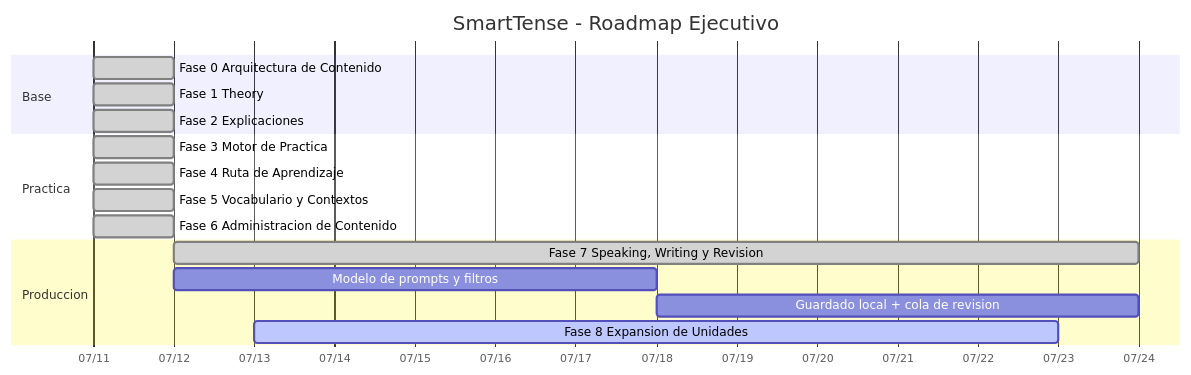
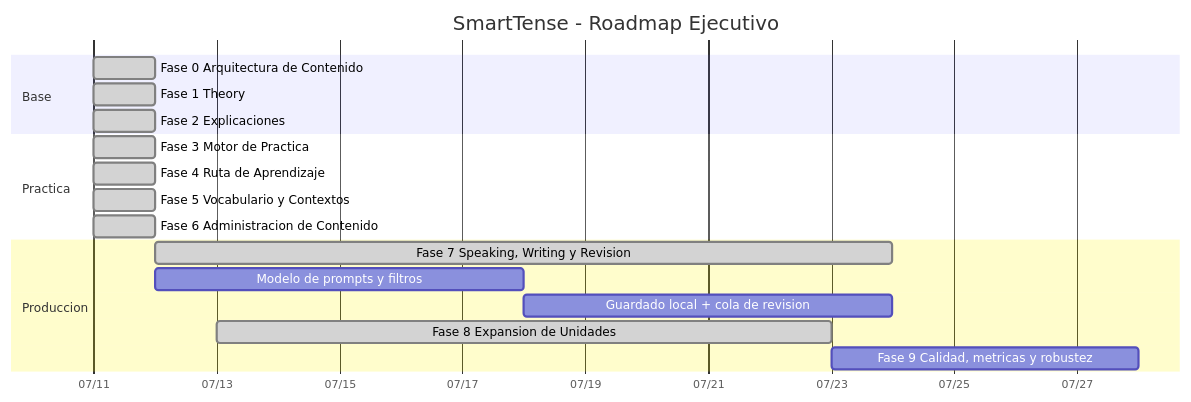
The diagram in docs/DEVELOPMENT_PHASE_EXECUTION_PLAN.md (dafermen/SmartTense), drawn with Mermaid before and after one commit. The commit also changed other lines of this file and 3 other files, not shown here.

````diff
--- a/docs/DEVELOPMENT_PHASE_EXECUTION_PLAN.md
+++ b/docs/DEVELOPMENT_PHASE_EXECUTION_PLAN.md
@@ -160,23 +160,24 @@
 ```mermaid
 gantt
     title SmartTense - Roadmap Ejecutivo
     dateFormat  YYYY-MM-DD
     axisFormat  %m/%d
 
     section Base
     Fase 0 Arquitectura de Contenido           :done, done0, 2026-07-11, 1d
     Fase 1 Theory                              :done, done1, 2026-07-11, 1d
     Fase 2 Explicaciones                       :done, done2, 2026-07-11, 1d
 
     section Practica
     Fase 3 Motor de Practica                    :done, done3, 2026-07-11, 1d
     Fase 4 Ruta de Aprendizaje                  :done, done4, 2026-07-11, 1d
     Fase 5 Vocabulario y Contextos              :done, done5, 2026-07-11, 1d
     Fase 6 Administracion de Contenido          :done, done6, 2026-07-11, 1d
 
     section Produccion
     Fase 7 Speaking, Writing y Revision         :done, p7, 2026-07-12, 12d
     Modelo de prompts y filtros                   :p7a, 2026-07-12, 6d
     Guardado local + cola de revision             :p7b, after p7a, 6d
-    Fase 8 Expansion de Unidades                 :active, p8, 2026-07-13, 10d
+    Fase 8 Expansion de Unidades                 :done, p8, 2026-07-13, 10d
+    Fase 9 Calidad, metricas y robustez          :p9, after p8, 5d
 ```
````
